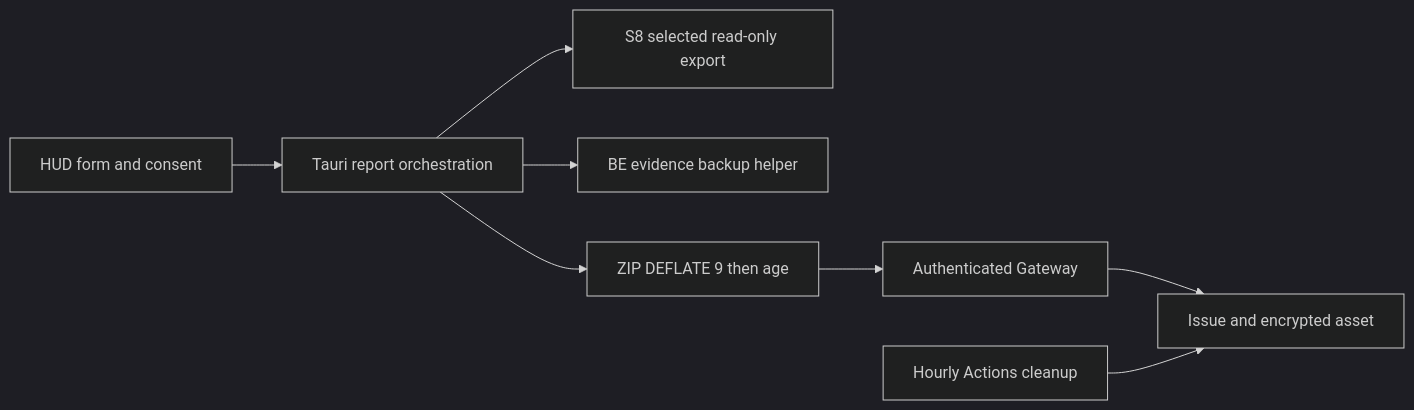
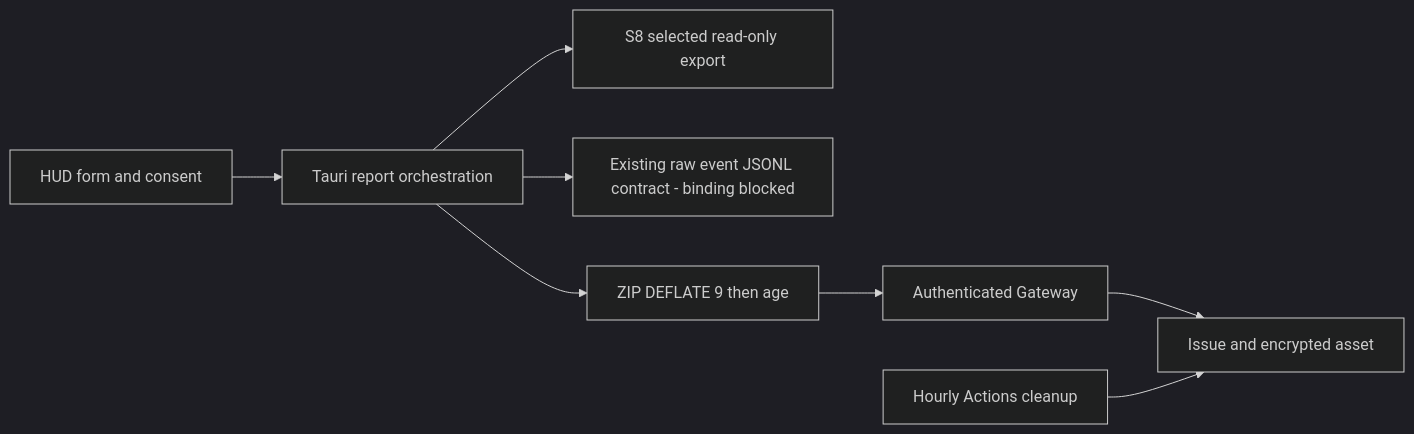
One commit to Synclab-VN-dev/StreamOps changed the diagram in utility/d4planner-hud/docs/report-issue.md. Above: the diagram before and after it, drawn with Mermaid (dark theme). The commit also changed other lines of this file and 6 other files, not shown here.

````diff
--- a/utility/d4planner-hud/docs/report-issue.md
+++ b/utility/d4planner-hud/docs/report-issue.md
@@ -23,10 +23,10 @@
 ```mermaid
 flowchart LR
   React[HUD form and consent] --> Native[Tauri report orchestration]
   Native --> S8[S8 selected read-only export]
-  Native --> Python[BE evidence backup helper]
+  Native --> Raw[Existing raw event JSONL contract - binding blocked]
   Native --> Archive[ZIP DEFLATE 9 then age]
   Archive --> Gateway[Authenticated Gateway]
   Gateway --> GitHub[Issue and encrypted asset]
   Cleanup[Hourly Actions cleanup] --> GitHub
 ```
````
